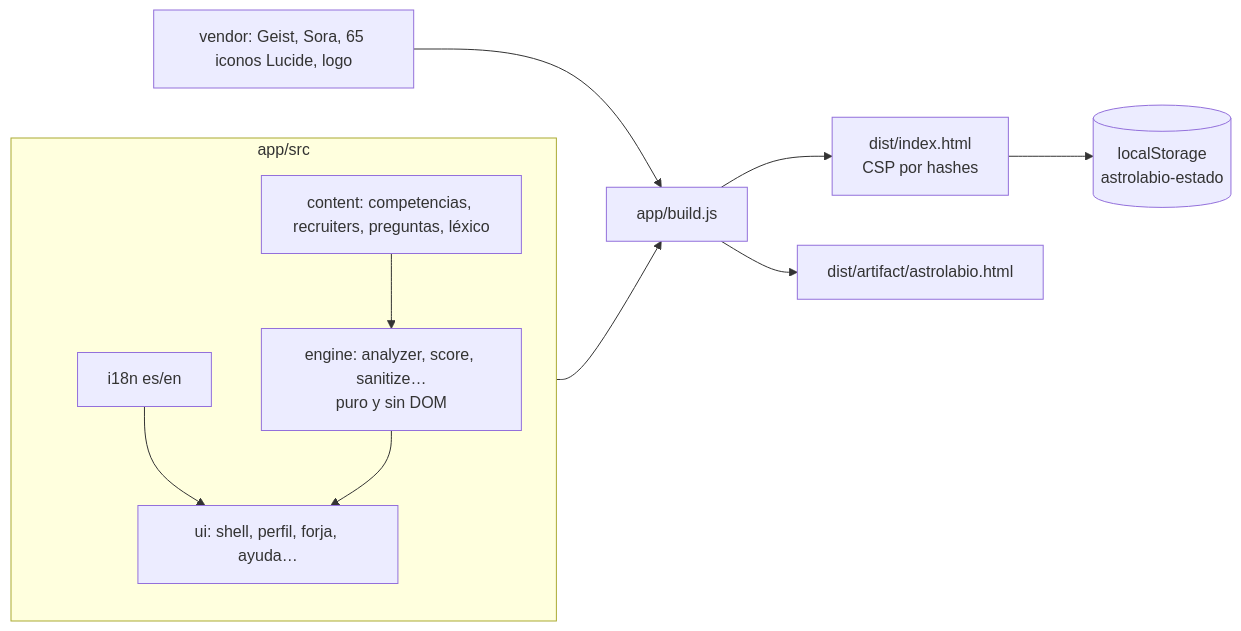
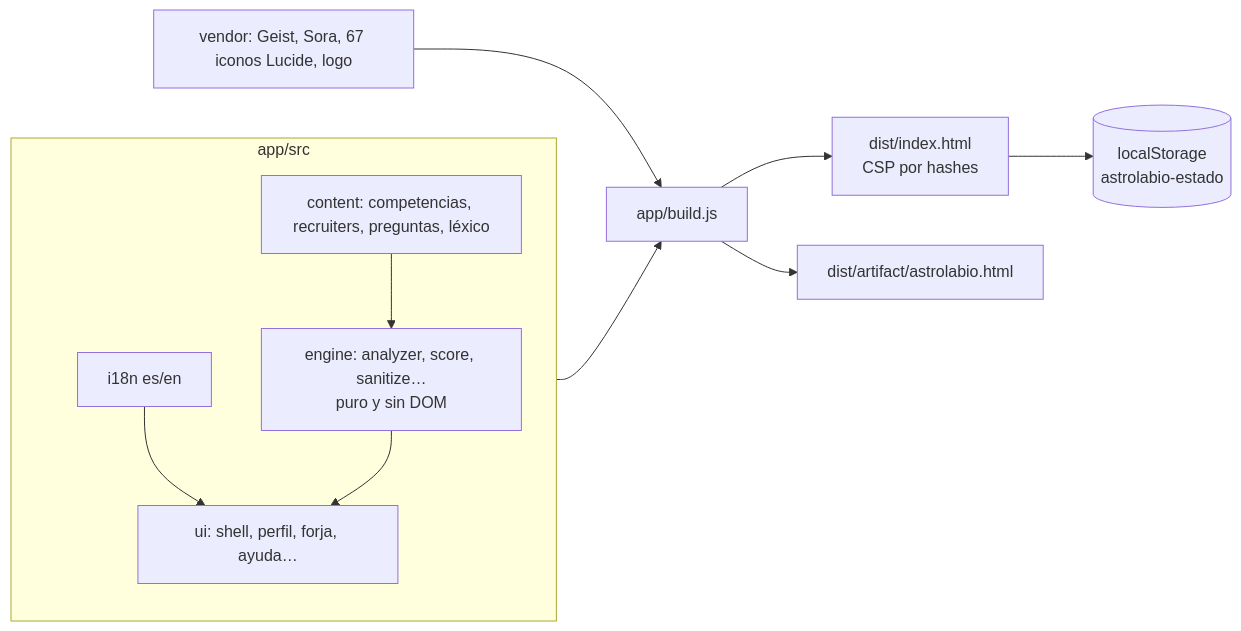
Before and after one commit to heindall92/astrolabio: the fourth of 4 diagrams in README.md, drawn with Mermaid. The commit also changed other lines of this file and 37 other files, not shown here.

````diff
--- a/README.md
+++ b/README.md
@@ -147,13 +148,13 @@
 ```mermaid
 flowchart LR
   subgraph src[app/src]
     I18N[i18n es/en] --> UI
     CONT[content: competencias, recruiters, preguntas, léxico] --> ENG
     ENG[engine: analyzer, score, sanitize…<br/>puro y sin DOM] --> UI[ui: shell, perfil, forja, ayuda…]
   end
-  V[vendor: Geist, Sora, 65 iconos Lucide, logo] --> B
+  V[vendor: Geist, Sora, 67 iconos Lucide, logo] --> B
   src --> B[app/build.js]
   B --> D[dist/index.html<br/>CSP por hashes]
   B --> A[dist/artifact/astrolabio.html]
   D --> LS[(localStorage<br/>astrolabio-estado)]
 ```
````
